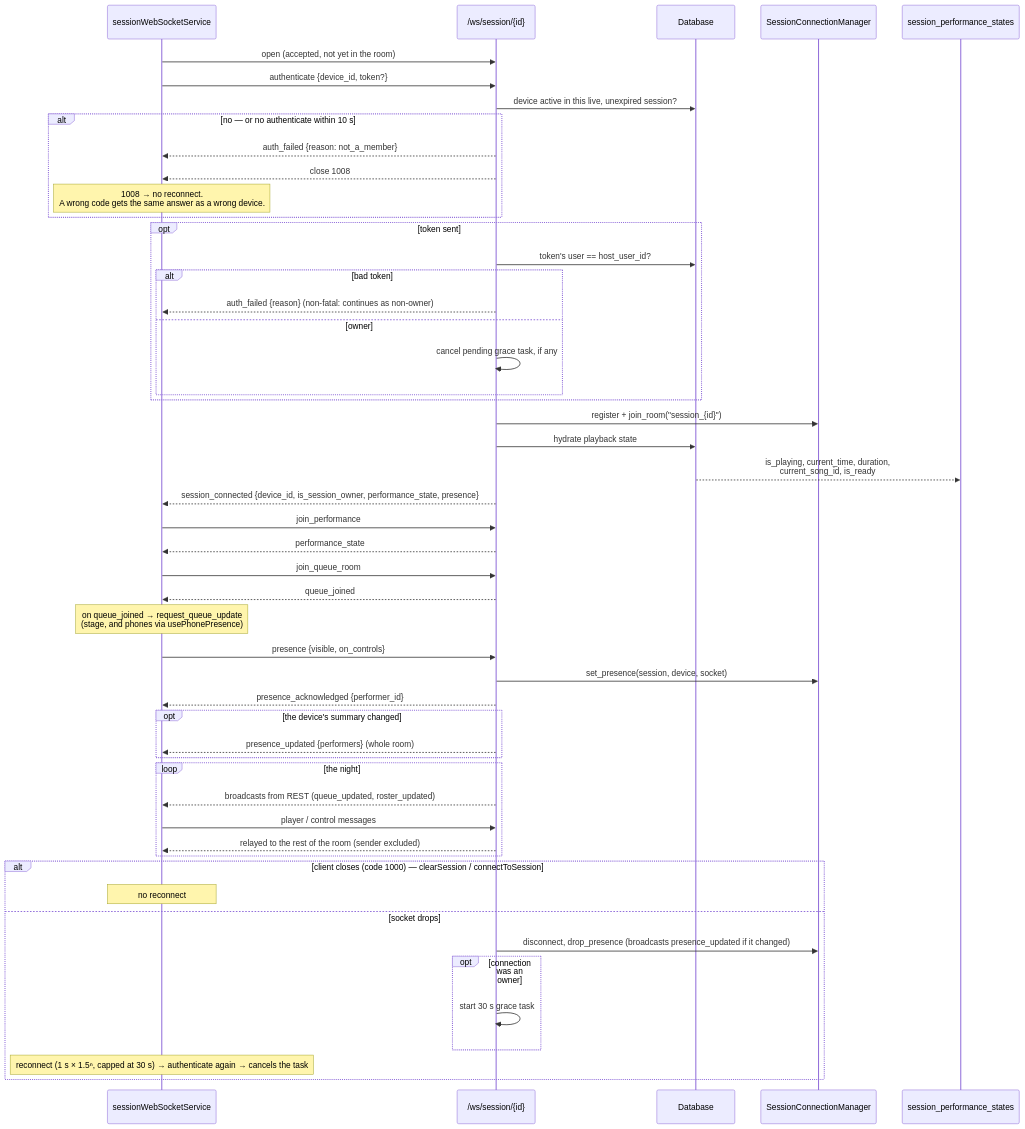
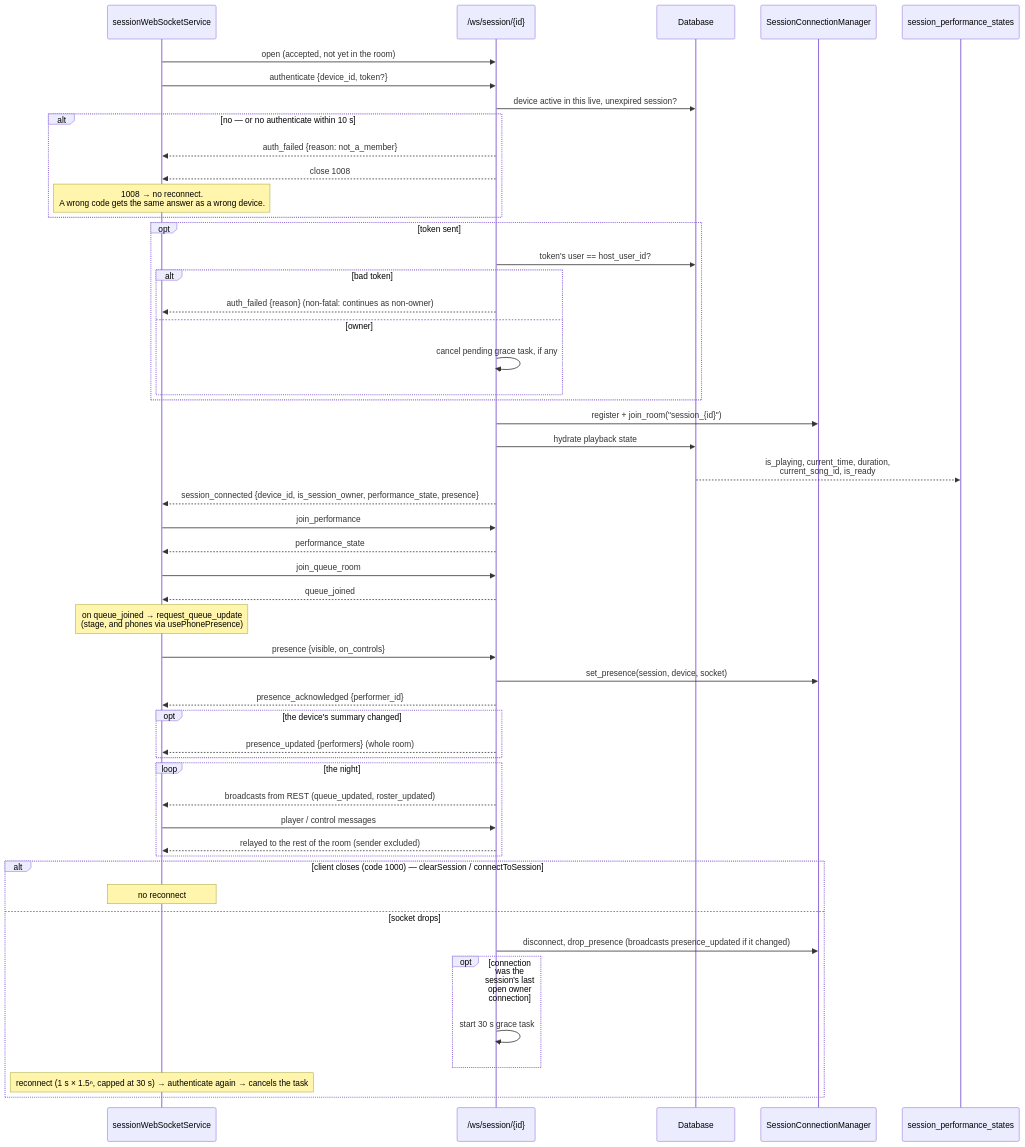
Before and after one commit to spencerfrost/open-karaoke-studio: the fifth of 9 diagrams in docs/domains/sessions-realtime.md, drawn with Mermaid. The commit also changed other lines of this file and 4 other files, not shown here.

First line of the commit message:
fix(session): keep the session open while any host device is connected

````diff
--- a/docs/domains/sessions-realtime.md
+++ b/docs/domains/sessions-realtime.md
@@ -342,56 +344,56 @@
 ```mermaid
 sequenceDiagram
     participant C as sessionWebSocketService
     participant WS as /ws/session/{id}
     participant DB as Database
     participant M as SessionConnectionManager
     participant Mem as session_performance_states
 
     C->>WS: open (accepted, not yet in the room)
     C->>WS: authenticate {device_id, token?}
     WS->>DB: device active in this live, unexpired session?
     alt no — or no authenticate within 10 s
         WS-->>C: auth_failed {reason: not_a_member}
         WS-->>C: close 1008
         Note over C: 1008 → no reconnect.<br/>A wrong code gets the same answer as a wrong device.
     end
     opt token sent
         WS->>DB: token's user == host_user_id?
         alt bad token
             WS-->>C: auth_failed {reason} (non-fatal: continues as non-owner)
         else owner
             WS->>WS: cancel pending grace task, if any
         end
     end
     WS->>M: register + join_room("session_{id}")
     WS->>DB: hydrate playback state
     DB-->>Mem: is_playing, current_time, duration,<br/>current_song_id, is_ready
     WS-->>C: session_connected {device_id, is_session_owner, performance_state, presence}
     C->>WS: join_performance
     WS-->>C: performance_state
     C->>WS: join_queue_room
     WS-->>C: queue_joined
     Note over C: on queue_joined → request_queue_update<br/>(stage, and phones via usePhonePresence)
     C->>WS: presence {visible, on_controls}
     WS->>M: set_presence(session, device, socket)
     WS-->>C: presence_acknowledged {performer_id}
     opt the device's summary changed
         WS-->>C: presence_updated {performers} (whole room)
     end
 
     loop the night
         WS-->>C: broadcasts from REST (queue_updated, roster_updated)
         C->>WS: player / control messages 
         WS-->>C: relayed to the rest of the room (sender excluded)
     end
 
     alt client closes (code 1000) — clearSession / connectToSession
         Note over C: no reconnect
     else socket drops
         WS->>M: disconnect, drop_presence (broadcasts presence_updated if it changed)
-        opt connection was an owner
+        opt connection was the session's last open owner connection
             WS->>WS: start 30 s grace task
         end
         Note over C: reconnect (1 s × 1.5ⁿ, capped at 30 s) → authenticate again → cancels the task
     end
 ```
````
